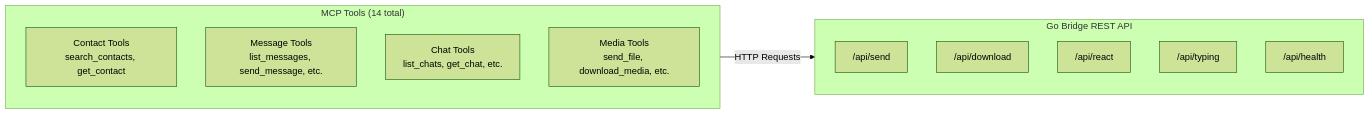
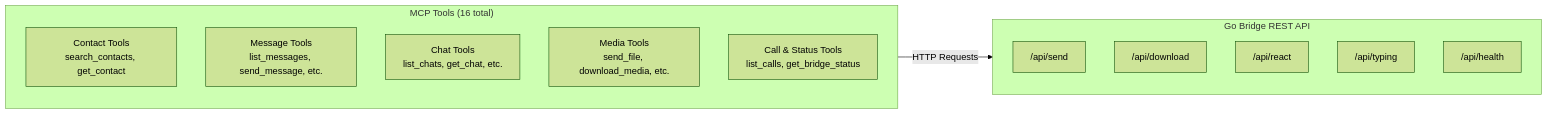
One commit to dwaipayanbanerjee/whatsapp-mcp changed the second of 4 diagrams in README.md. Above: the diagram before and after it, drawn with Mermaid (forest theme). The commit also changed other lines of this file and 3 other files, not shown here.

First line of the commit message:
feat(mcp): add list_calls and get_bridge_status tools

````diff
--- a/README.md
+++ b/README.md
@@ -555,21 +592,22 @@
 ```mermaid
 flowchart LR
     subgraph GoAPI["Go Bridge REST API"]
         direction TB
         SEND["/api/send"]
         DOWN["/api/download"]
         REACT["/api/react"]
         TYPE["/api/typing"]
         HEALTH["/api/health"]
     end
 
-    subgraph MCPTools["MCP Tools (14 total)"]
+    subgraph MCPTools["MCP Tools (16 total)"]
         direction TB
         CONT["Contact Tools<br/>search_contacts, get_contact"]
         MSG["Message Tools<br/>list_messages, send_message, etc."]
         CHAT["Chat Tools<br/>list_chats, get_chat, etc."]
         MEDIA["Media Tools<br/>send_file, download_media, etc."]
+        OPS["Call & Status Tools<br/>list_calls, get_bridge_status"]
     end
 
     MCPTools -->|HTTP Requests| GoAPI
 ```
````
